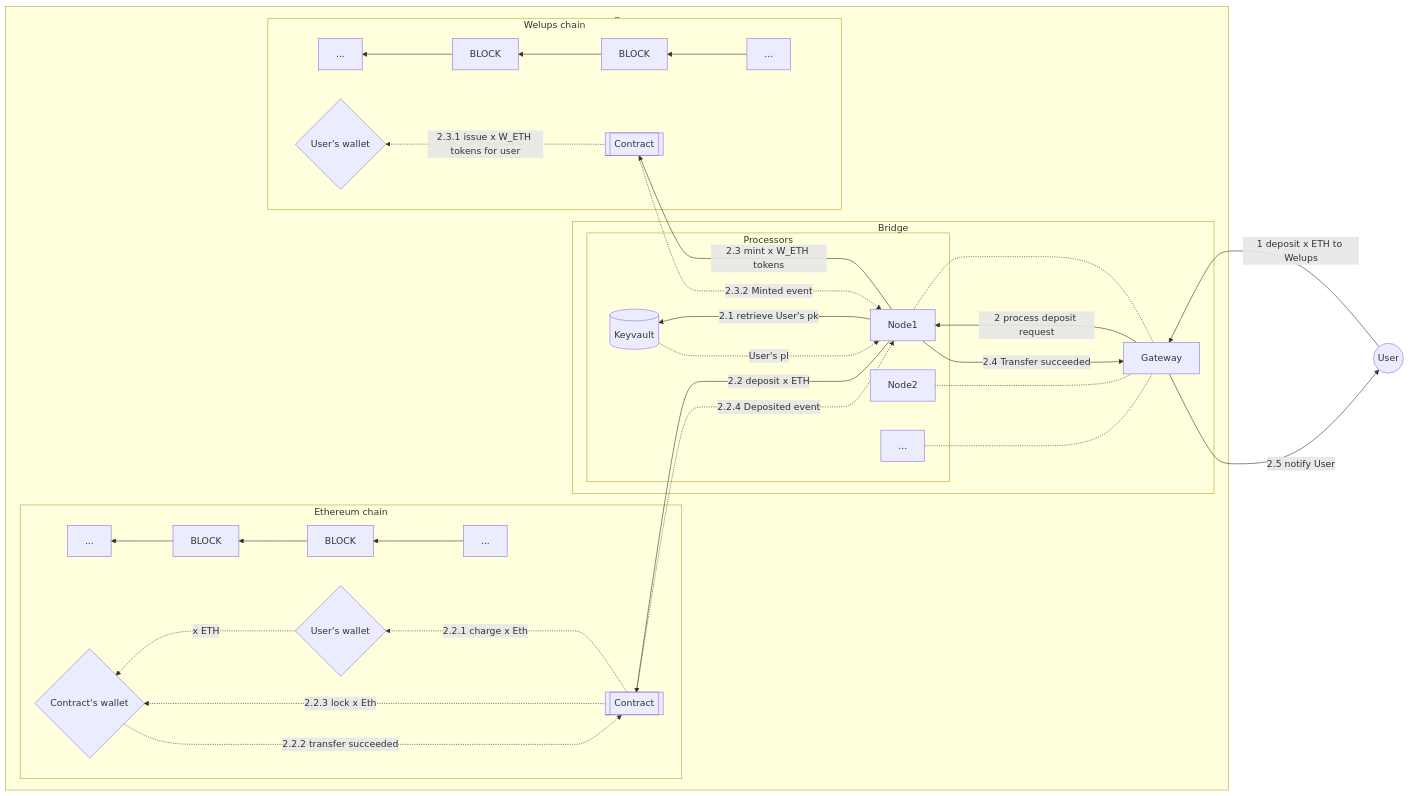
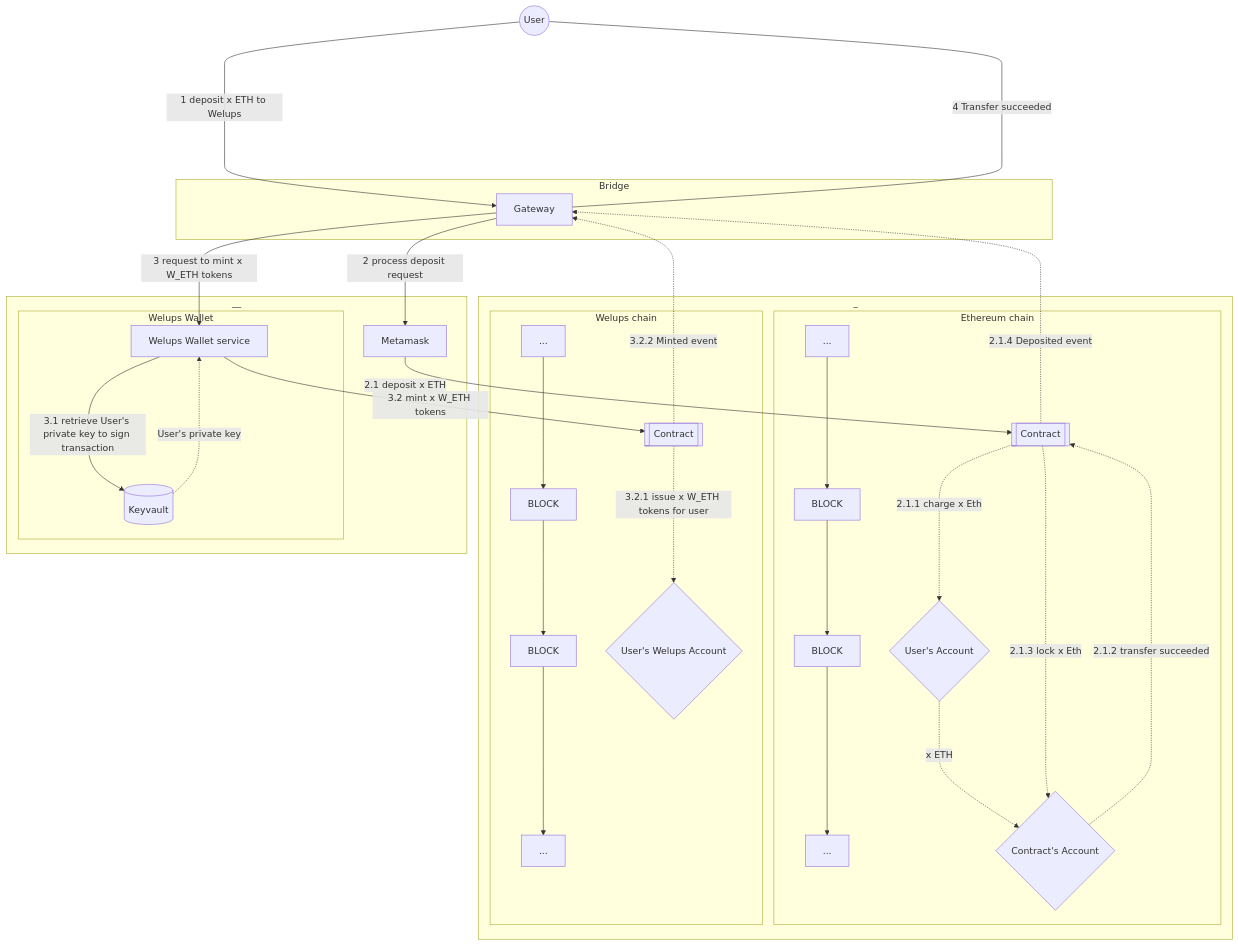
Before and after one commit to nhatanh002/bridges-plan: the diagram in chart-sources/deposit-eth.mermaid, drawn with Mermaid. The commit also changed 1 other file, not shown here.

Commit message:
Edited chart

```diff
--- a/chart-sources/deposit-eth.mermaid
+++ b/chart-sources/deposit-eth.mermaid
@@ -1,46 +1,47 @@
-graph RL
+graph TD
     User((User)) 
-    subgraph _
     subgraph BRD [Bridge]
 
-     G[Gateway]-..-P1     
-     G-..-P2
-     G-..-Px
-        subgraph P [Processors]
-        DB[(Keyvault)]
-        P1[Node1]
-        P2[Node2]
-        Px[...]    
-        end               
+    G[Gateway]
+         
     end
+    subgraph _   
 
     subgraph ETH [Ethereum chain]
-     Head1[...]-->A1[BLOCK]-->B1[BLOCK]-->Tail1[...]    
+     Head1[...]--->A1[BLOCK]-->B1[BLOCK]--->Tail1[...]    
      C1[[Contract]]
-     W1{User's wallet}
-     W2{Contract's wallet}          
+     W1{User's Account}
+     W2{Contract's Account}          
     end
 
     subgraph WEL [Welups chain]
-     Head2[...]-->A2[BLOCK]-->B2[BLOCK]-->Tail2[...]
+     Head2[...]--->A2[BLOCK]-->B2[BLOCK]--->Tail2[...]
      C2[[Contract]]
-     W3{User's wallet}
-    end    
+     W3{User's Welups Account}
     end
+    end
+    subgraph __
+     MM[Metamask]
+     subgraph WWS[Welups Wallet]
+       WW[Welups Wallet service]
+       DB[(Keyvault)]
+     end
+    end
+    
 
-User-- 1 deposit x ETH to Welups -->G
-G -- 2 process deposit request --> P1
-P1-- 2.1 retrieve User's pk --> DB
-DB-..->|User's pl|P1
-P1-- 2.2 deposit x ETH -->C1
-C1-..->|2.2.1 charge x Eth|W1
+User-----> |1 deposit x ETH to Welups|G
+G -- 2 process deposit request --> MM
+MM-- 2.1 deposit x ETH -->C1
+C1-..->|2.1.1 charge x Eth|W1
 W1-..->|x ETH|W2
-W2-..->|2.2.2 transfer succeeded|C1
-C1-..->|2.2.3 lock x Eth|W2
-C1-..->|2.2.4 Deposited event|P1
+W2-..->|2.1.2 transfer succeeded|C1
+C1-..->|2.1.3 lock x Eth|W2
+C1-..->|2.1.4 Deposited event|G
 
-P1-- 2.3 mint x W_ETH tokens --> C2
-C2-..->|2.3.1 issue x W_ETH tokens for user| W3
-C2-..->|2.3.2 Minted event|P1
-P1-- 2.4 Transfer succeeded -->G
-G-- 2.5 notify User --> User
+G-- 3 request to mint x W_ETH tokens --> WW
+WW-- 3.1 retrieve User's private key to sign transaction --> DB
+DB-..->|User's private key| WW
+WW-- 3.2 mint x W_ETH tokens --> C2
+C2-..->|3.2.1 issue x W_ETH tokens for user| W3
+C2-..->|3.2.2 Minted event|G
+User<----|4 Transfer succeeded|G
```
